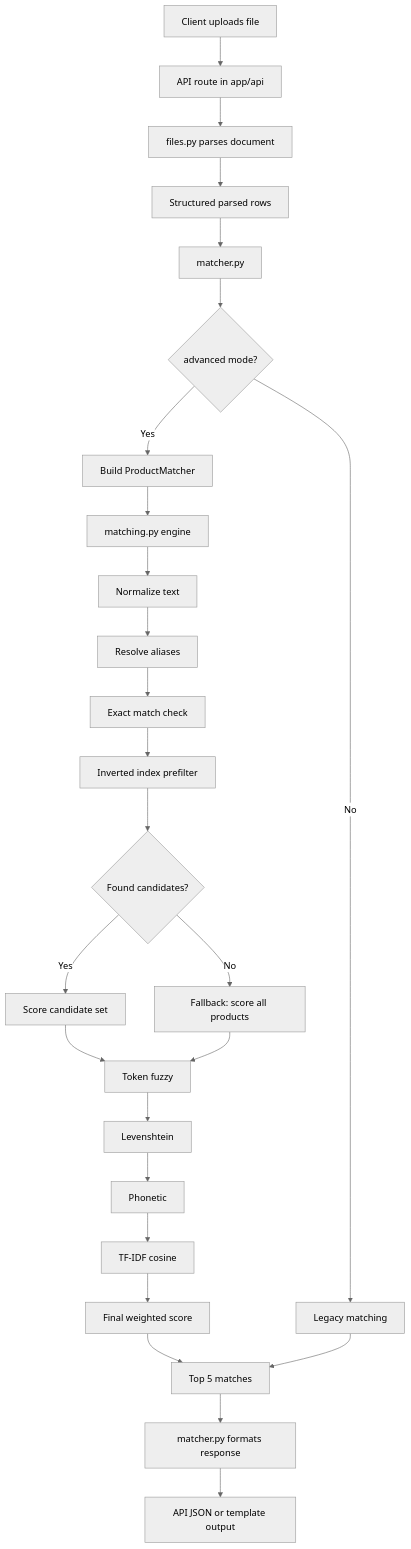
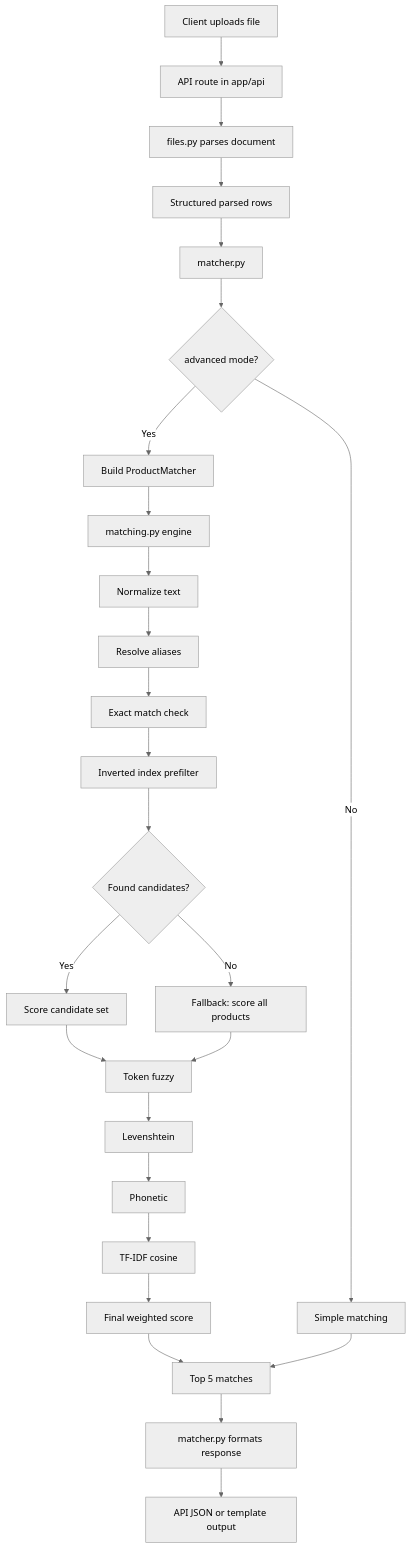
One commit to Dwaynee247-06/ShipsKart-Parser-OG changed the diagram in README.md. Above: the diagram before and after it, drawn with Mermaid (neutral theme). The commit also changed other lines of this file, not shown here.

Commit message:
fix: remove feedback cache refs, fix numbering, rename legacy fn, fix dep note

````diff
--- a/README.md
+++ b/README.md
@@ -325,35 +320,35 @@
 ```mermaid
 flowchart TD
 
     A[Client uploads file] --> B[API route in app/api]
     B --> C[files.py parses document]
     C --> D[Structured parsed rows]
 
     D --> E[matcher.py]
     E --> F{advanced mode?}
 
-    F -->|No| G[Legacy matching]
+    F -->|No| G[Simple matching]
     F -->|Yes| H[Build ProductMatcher]
 
     H --> I[matching.py engine]
     I --> J[Normalize text]
     J --> K[Resolve aliases]
     K --> L[Exact match check]
     L --> M[Inverted index prefilter]
     M --> N{Found candidates?}
 
     N -->|Yes| O[Score candidate set]
     N -->|No| P[Fallback: score all products]
 
     O --> Q[Token fuzzy]
     P --> Q
     Q --> R[Levenshtein]
     R --> S[Phonetic]
     S --> T[TF-IDF cosine]
     T --> U[Final weighted score]
     U --> V[Top 5 matches]
 
     G --> V
     V --> W[matcher.py formats response]
     W --> X[API JSON or template output]
 ```
````
